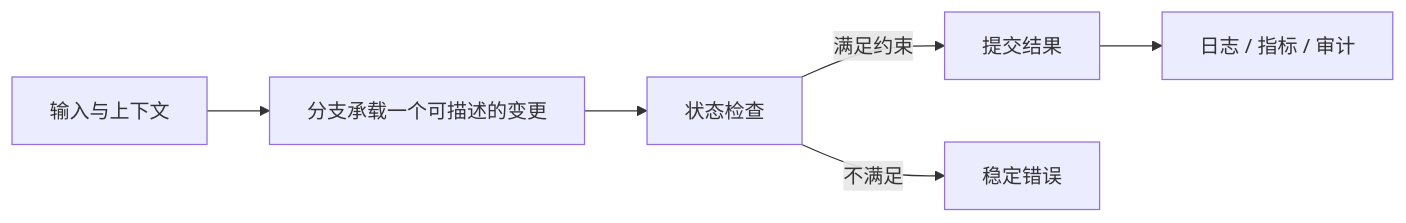
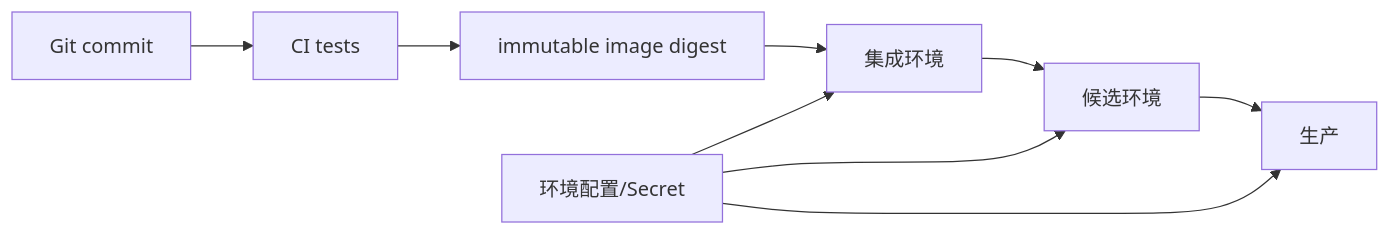
The diagram in docs/backend/git-branch-review-environment-workflow.md (upJiang/jiang-blog-vitepress), drawn with Mermaid before and after one commit. The commit also changed other lines of this file and 341 other files, not shown here.

````diff
--- a/docs/backend/git-branch-review-environment-workflow.md
+++ b/docs/backend/git-branch-review-environment-workflow.md
@@ -34,8 +69,11 @@
 ```mermaid
 flowchart LR
-  A[输入与上下文] --> B[分支承载一个可描述的变更]
-  B --> C[状态检查]
-  C -->|满足约束| D[提交结果]
-  C -->|不满足| E[稳定错误]
-  D --> F[日志 / 指标 / 审计]
+  COMMIT[Git commit] --> CI[CI tests]
+  CI --> IMAGE[immutable image digest]
+  IMAGE --> INT[集成环境]
+  INT --> STAGE[候选环境]
+  STAGE --> PROD[生产]
+  CFG[环境配置/Secret] --> INT
+  CFG --> STAGE
+  CFG --> PROD
 ```
````
